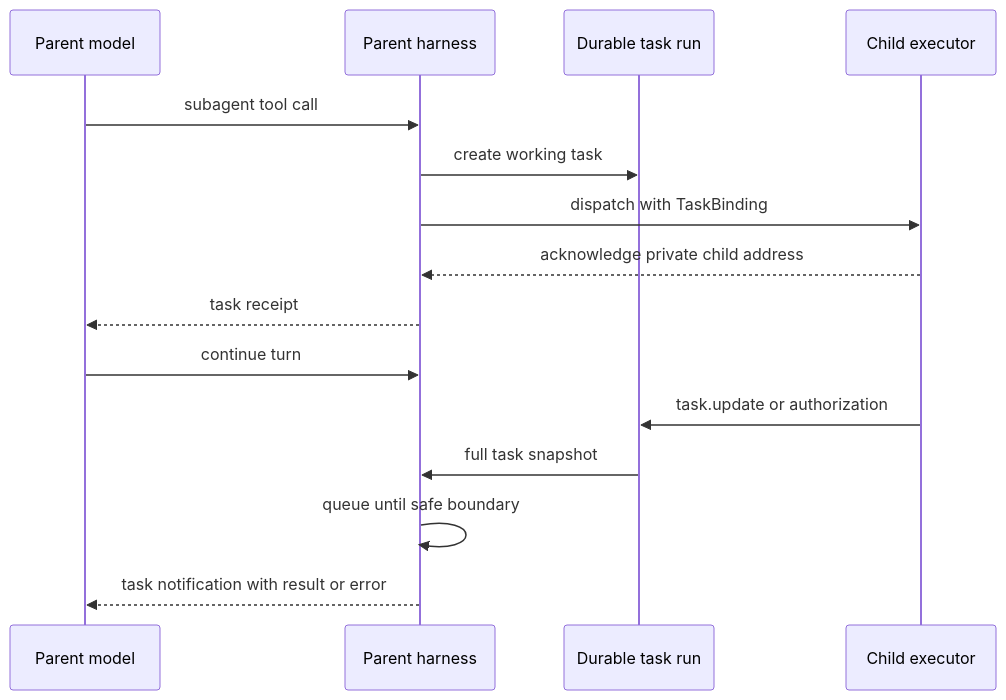
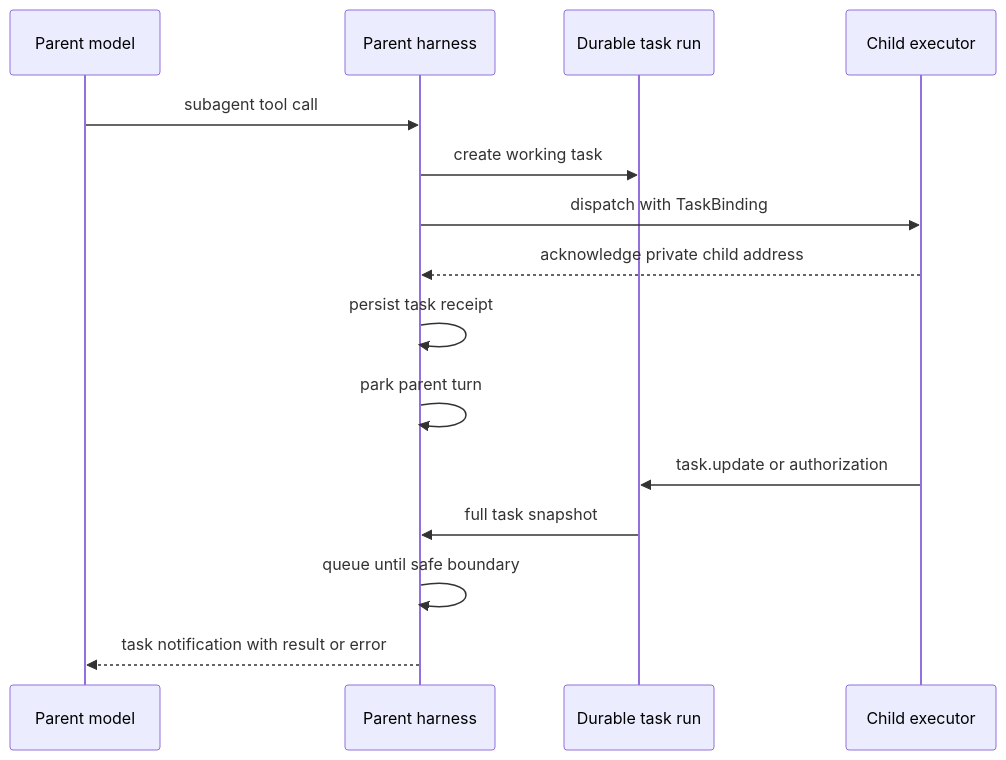
Before and after one commit to vercel/eve: the diagram in research/tools-as-tasks.md, drawn with Mermaid. The commit also changed other lines of this file and 21 other files, not shown here.

Commit message:
fix(eve): park parents after task admission

````diff
--- a/research/tools-as-tasks.md
+++ b/research/tools-as-tasks.md
@@ -332,19 +336,19 @@
 ```mermaid
 sequenceDiagram
     participant M as Parent model
     participant H as Parent harness
     participant T as Durable task run
     participant C as Child executor
 
     M->>H: subagent tool call
     H->>T: create working task
     H->>C: dispatch with TaskBinding
     C-->>H: acknowledge private child address
-    H-->>M: task receipt
-    M->>H: continue turn
+    H->>H: persist task receipt
+    H->>H: park parent turn
 
     C->>T: task.update or authorization
     T->>H: full task snapshot
     H->>H: queue until safe boundary
     H-->>M: task notification with result or error
 ```
````
